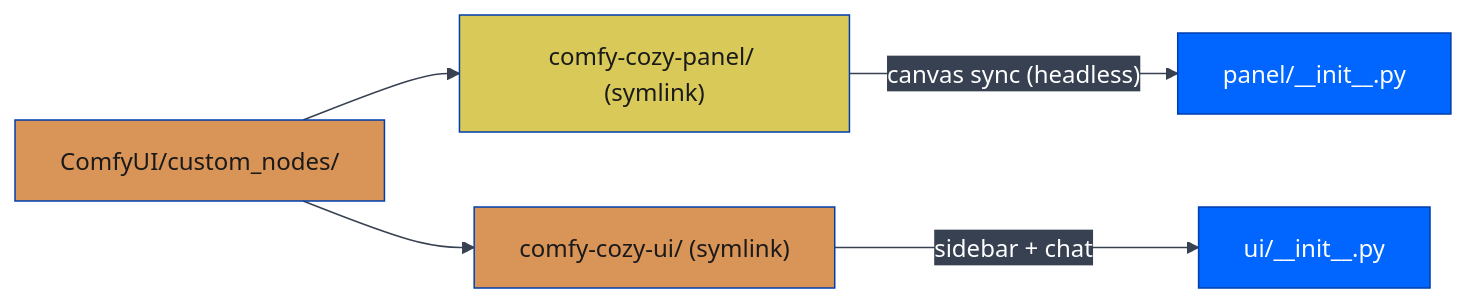
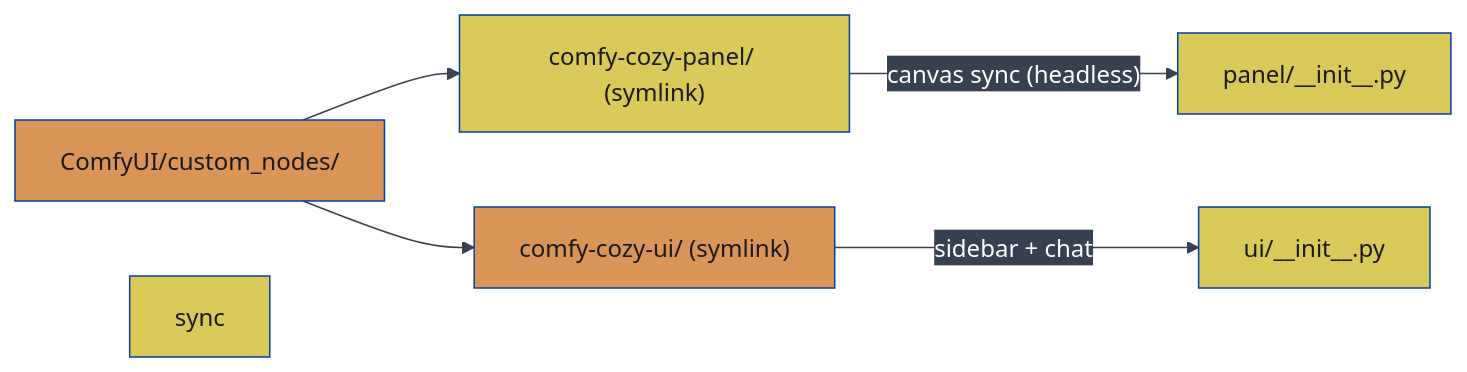
The third of 27 diagrams in README.md (JosephOIbrahim/Comfy-Cozy), drawn with Mermaid before and after one commit. The commit also changed other lines of this file, not shown here.

First line of the commit message:
[DOCS] Normalize mermaid palette: force two-tone orange/yellow with black text

````diff
--- a/README.md
+++ b/README.md
@@ -202,12 +202,15 @@
 ```mermaid
 %%{init: {'theme':'base','themeVariables': {'primaryColor':'#0066FF','primaryTextColor':'#ffffff','primaryBorderColor':'#003eaa','lineColor':'#374151','secondaryColor':'#374151','tertiaryColor':'#1f2937','fontFamily':'monospace'}}}%%
 graph LR
     CN["ComfyUI/custom_nodes/"] --> P["comfy-cozy-panel/ (symlink)"]
     CN --> U["comfy-cozy-ui/ (symlink)"]
     P -->|"canvas sync (headless)"| Panel["panel/__init__.py"]
     U -->|"sidebar + chat"| UI["ui/__init__.py"]
 
     style CN fill:#d99458,color:#1a1a1a
     style P fill:#d9c958,color:#1a1a1a
     style U fill:#d99458,color:#1a1a1a
+    style sync fill:#d9c958,color:#1a1a1a
+    style Panel fill:#d9c958,color:#1a1a1a
+    style UI fill:#d9c958,color:#1a1a1a
 ```
````
